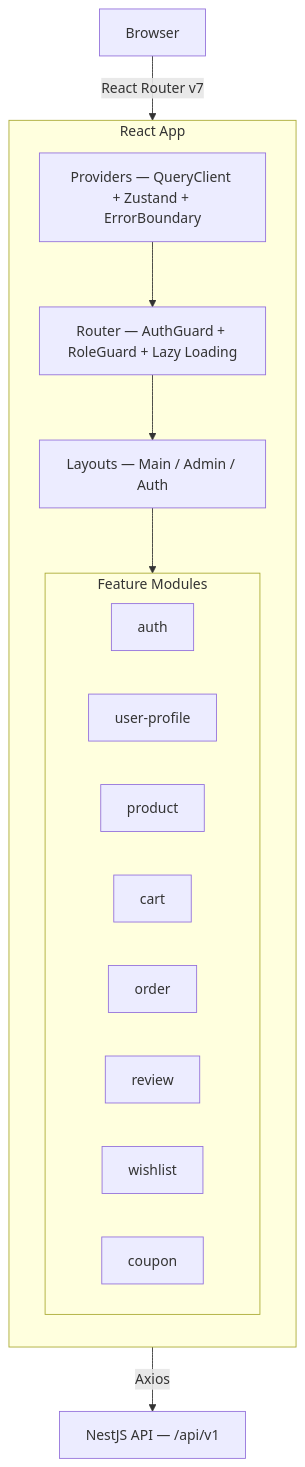
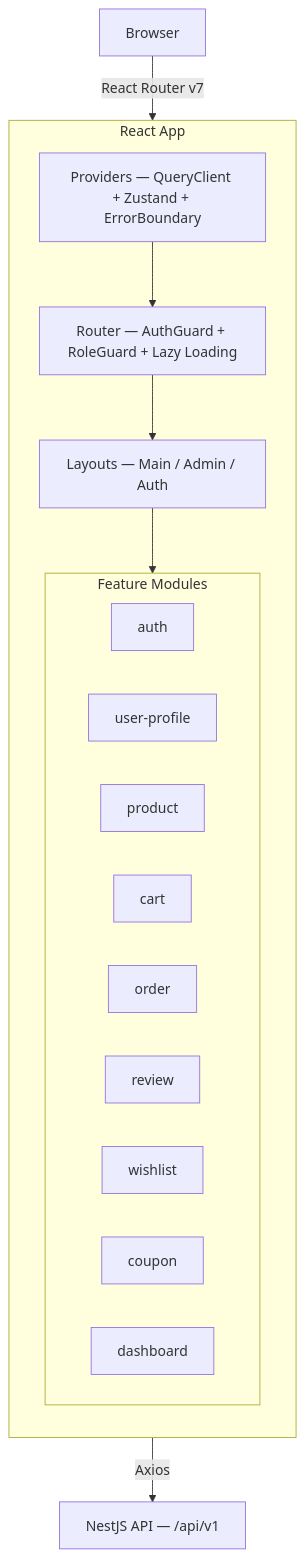
The first of 2 diagrams in frontend-react/docs/FE-ARCHITECTURE.md (Hy-Khang/E-commerce-shop-Amazon-), drawn with Mermaid before and after one commit. The commit also changed other lines of this file and 35 other files, not shown here.

Commit message:
feat: implement admin dashboard with analytics, inventory monitoring, and modular feature architecture

````diff
--- a/frontend-react/docs/FE-ARCHITECTURE.md
+++ b/frontend-react/docs/FE-ARCHITECTURE.md
@@ -5,25 +5,26 @@
 ```mermaid
 graph TB
     Browser["Browser"] -->|React Router v7| App["React 19 + Vite"]
 
     subgraph App["React App"]
         direction TB
         Providers["Providers — QueryClient + Zustand + ErrorBoundary"]
         Providers --> Router["Router — AuthGuard + RoleGuard + Lazy Loading"]
         Router --> Layouts["Layouts — Main / Admin / Auth"]
         Layouts --> Features
 
         subgraph Features["Feature Modules"]
             Auth["auth"]
             UP["user-profile"]
             Prod["product"]
             Cart["cart"]
             Order["order"]
             Review["review"]
             Wishlist["wishlist"]
             Coupon["coupon"]
+            Dashboard["dashboard"]
         end
     end
 
     App -->|Axios| API["NestJS API — /api/v1"]
 ```
````
